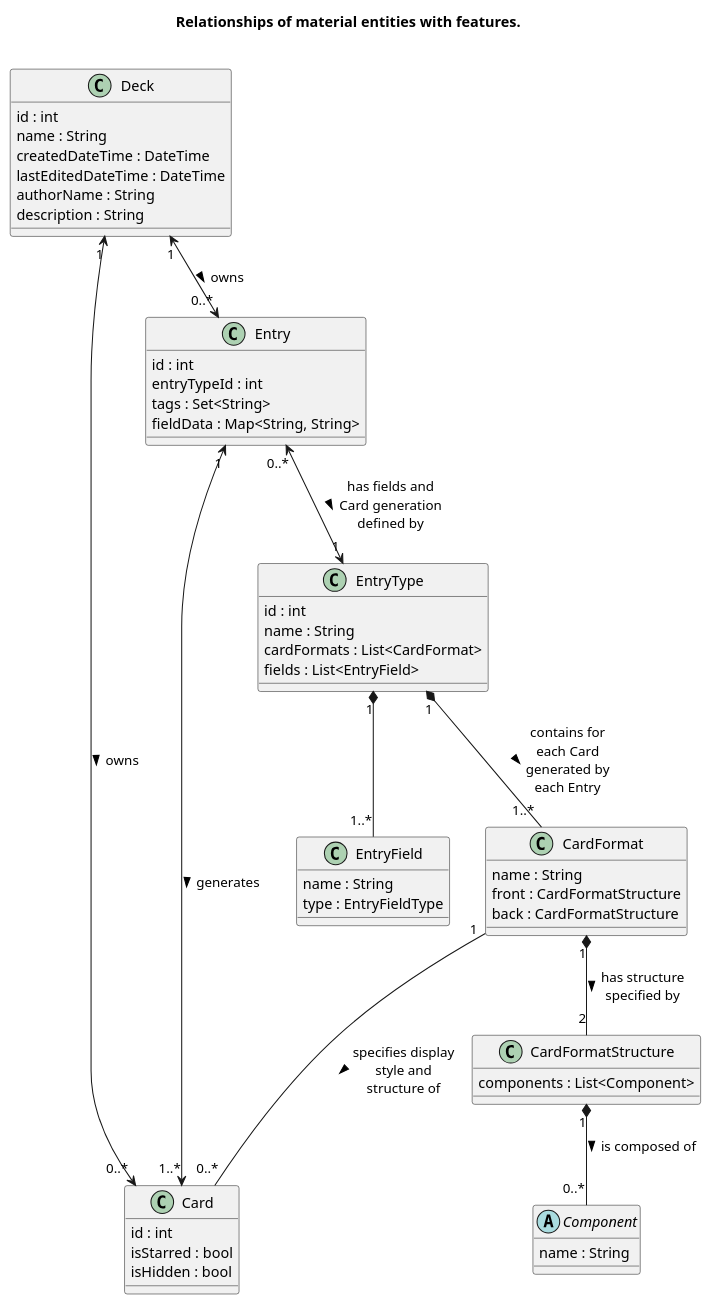
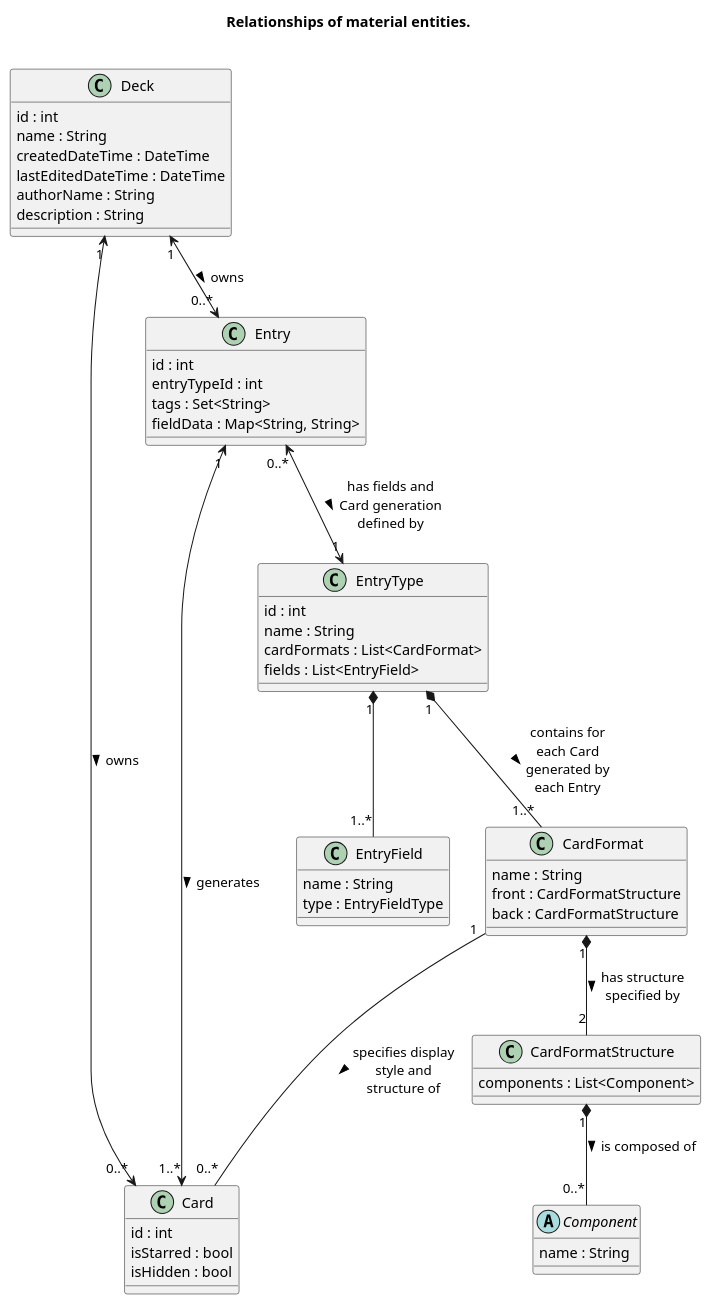
The diagram in puml/material_entities.puml (cervonwong/sona-flutter), drawn with PlantUML before and after one commit.

Commit message:
Docs(puml): Update title to match desired feature merge

```diff
--- a/puml/material_entities.puml
+++ b/puml/material_entities.puml
@@ -1,61 +1,61 @@
 @startuml
 
 skinparam maxMessageSize 100
 skinparam shadowing false
 
-title Relationships of material entities with features.\n
+title Relationships of material entities.\n
 
 class Card {
 	id : int
 	isStarred : bool
 	isHidden : bool
 }
 class Entry {
 	id : int
 	entryTypeId : int
 	tags : Set<String>
 	fieldData : Map<String, String>
 }
 class Deck {
 	id : int
 	name : String
 	createdDateTime : DateTime
 	lastEditedDateTime : DateTime
 	authorName : String
 	description : String
 }
 
 Deck "1" <--> "0..*" Entry : owns >
 Entry "1" <--> "1..*" Card : generates >
 Deck "1" <--> "0..*" Card : owns >
 
 class EntryType {
 	id : int
 	name : String
 	cardFormats : List<CardFormat>
 	fields : List<EntryField>
 }
 class EntryField {
 	name : String
 	type : EntryFieldType
 }
 class CardFormat {
 	name : String
 	front : CardFormatStructure
 	back : CardFormatStructure
 }
 class CardFormatStructure {
 	components : List<Component>
 }
 abstract class Component {
 	name : String
 }
 
 Entry "0..*" <--> "1" EntryType : has fields and Card generation defined by >
 EntryType "1" *-- "1..*" CardFormat : contains for each Card generated by each Entry >
 CardFormat "1" --- "0..*" Card : specifies display style and structure of >
 EntryType "1" *-- "1..*" EntryField
 CardFormat "1" *-- "2" CardFormatStructure : has structure specified by >
 CardFormatStructure "1" *-- "0..*" Component : is composed of >
 
 @enduml
```
